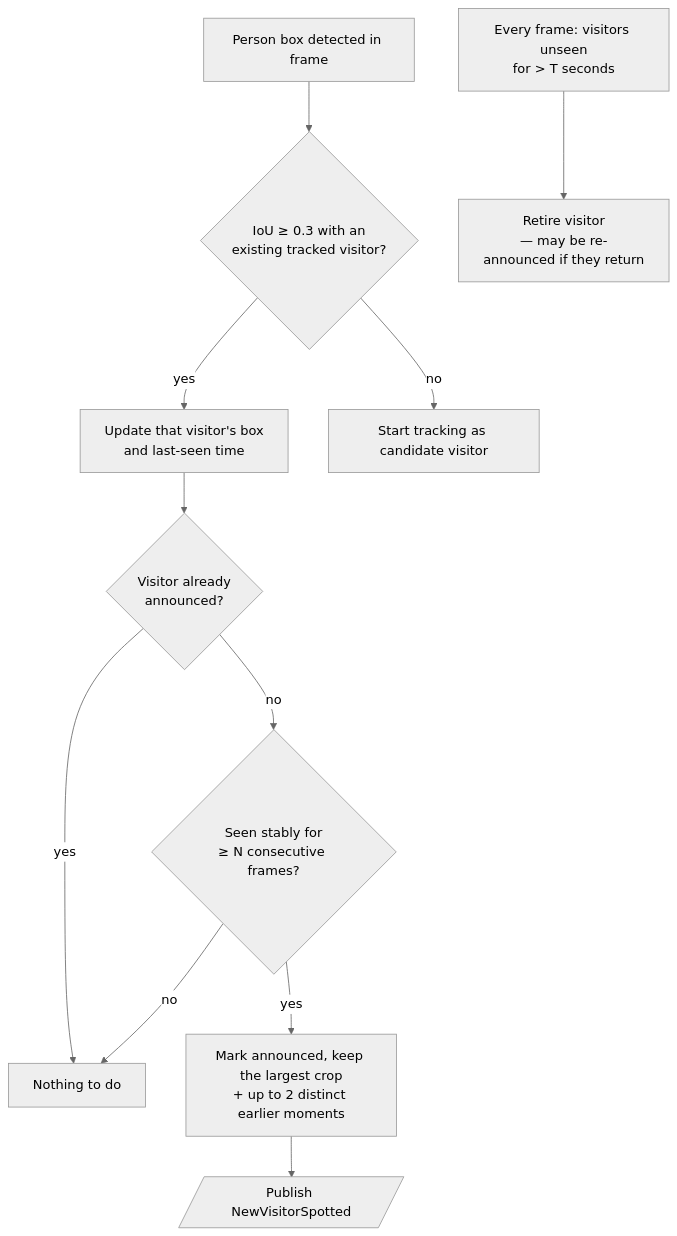
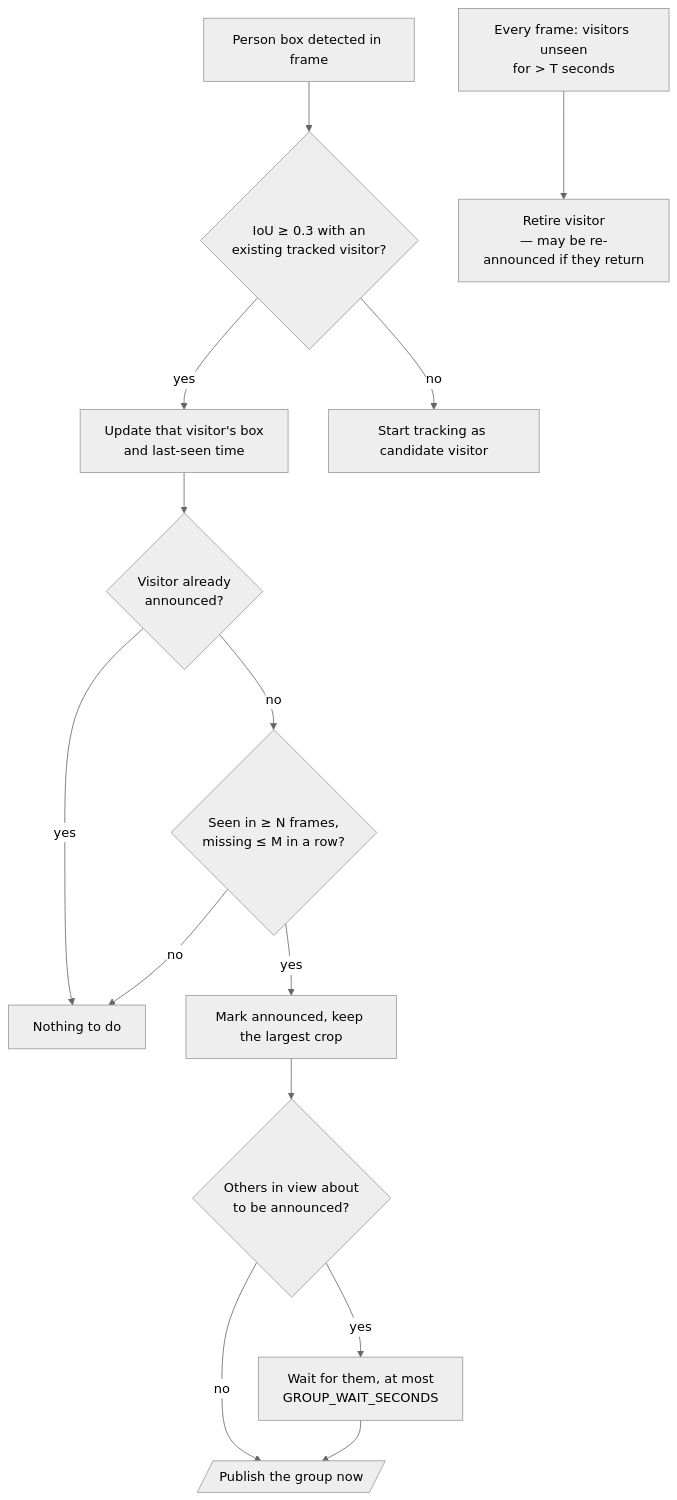
Before and after one commit to rwaggoner/pi-costume-spotter: the third of 5 diagrams in docs/architecture.md, drawn with Mermaid (neutral theme). The commit also changed other lines of this file and 26 other files, not shown here.

````diff
--- a/docs/architecture.md
+++ b/docs/architecture.md
@@ -125,13 +132,15 @@
 ```mermaid
 flowchart TD
     A[Person box detected in frame] --> B{IoU ≥ 0.3 with an<br/>existing tracked visitor?}
     B -- yes --> C[Update that visitor's box<br/>and last-seen time]
     C --> D{Visitor already<br/>announced?}
     D -- yes --> E[Nothing to do]
-    D -- no --> F{Seen stably for<br/>≥ N consecutive frames?}
+    D -- no --> F{Seen in ≥ N frames,<br/>missing ≤ M in a row?}
     F -- no --> E
-    F -- yes --> G[Mark announced, keep the largest crop<br/>+ up to 2 distinct earlier moments]
-    G --> H[/Publish NewVisitorSpotted/]
+    F -- yes --> G[Mark announced, keep the largest crop]
+    G --> H{Others in view about<br/>to be announced?}
+    H -- "no" --> P[/Publish the group now/]
+    H -- "yes" --> W[Wait for them, at most<br/>GROUP_WAIT_SECONDS] --> P
     B -- no --> I[Start tracking as candidate visitor]
     J[Every frame: visitors unseen<br/>for > T seconds] --> K[Retire visitor<br/>— may be re-announced if they return]
 ```
````
